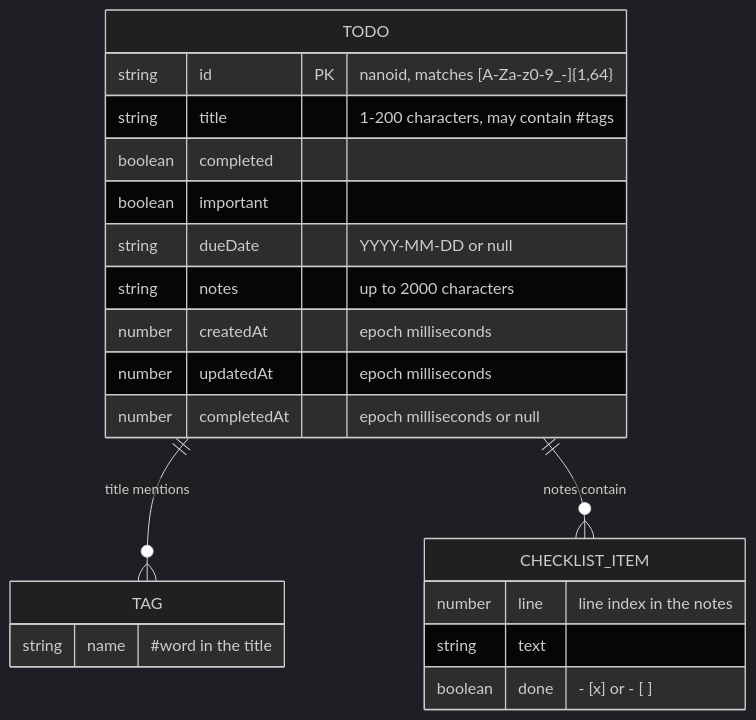
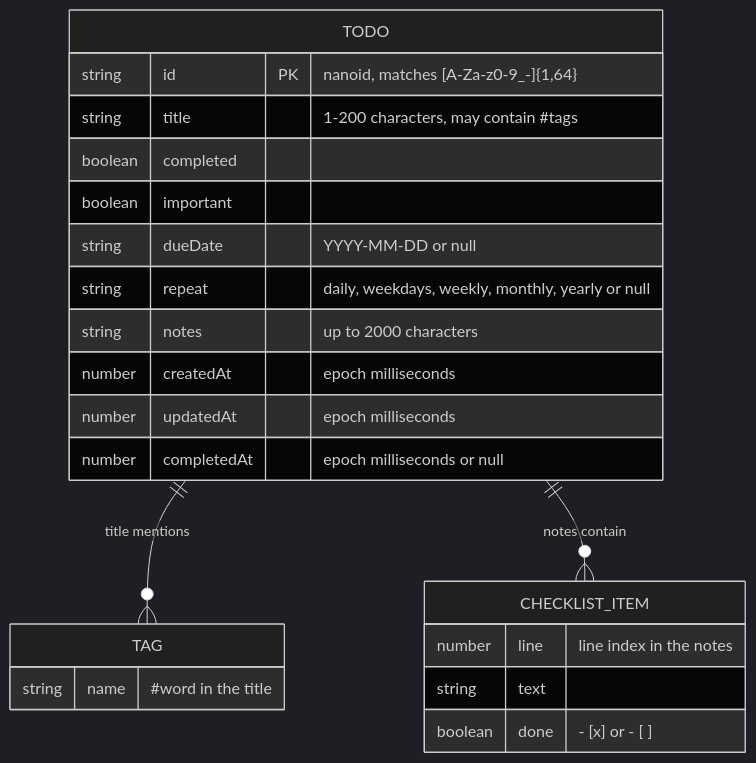
The third of 9 diagrams in docs/architecture.md (sacrificed666/react-todo-app), drawn with Mermaid (dark theme) before and after one commit. The commit also changed other lines of this file and 96 other files, not shown here.

````diff
--- a/docs/architecture.md
+++ b/docs/architecture.md
@@ -97,24 +97,25 @@
 ```mermaid
 erDiagram
   TODO {
     string id PK "nanoid, matches [A-Za-z0-9_-]{1,64}"
     string title "1-200 characters, may contain #tags"
     boolean completed
     boolean important
     string dueDate "YYYY-MM-DD or null"
+    string repeat "daily, weekdays, weekly, monthly, yearly or null"
     string notes "up to 2000 characters"
     number createdAt "epoch milliseconds"
     number updatedAt "epoch milliseconds"
     number completedAt "epoch milliseconds or null"
   }
   TAG {
     string name "#word in the title"
   }
   CHECKLIST_ITEM {
     number line "line index in the notes"
     string text
     boolean done "- [x] or - [ ]"
   }
   TODO ||--o{ TAG : "title mentions"
   TODO ||--o{ CHECKLIST_ITEM : "notes contain"
 ```
````
